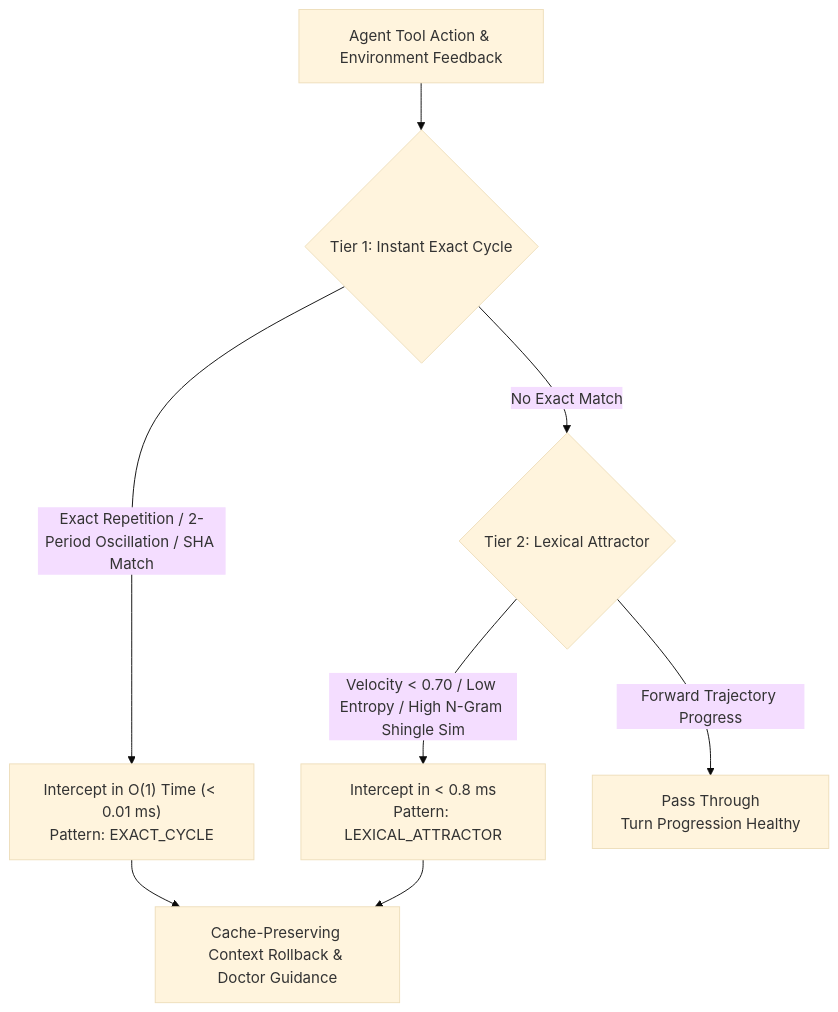
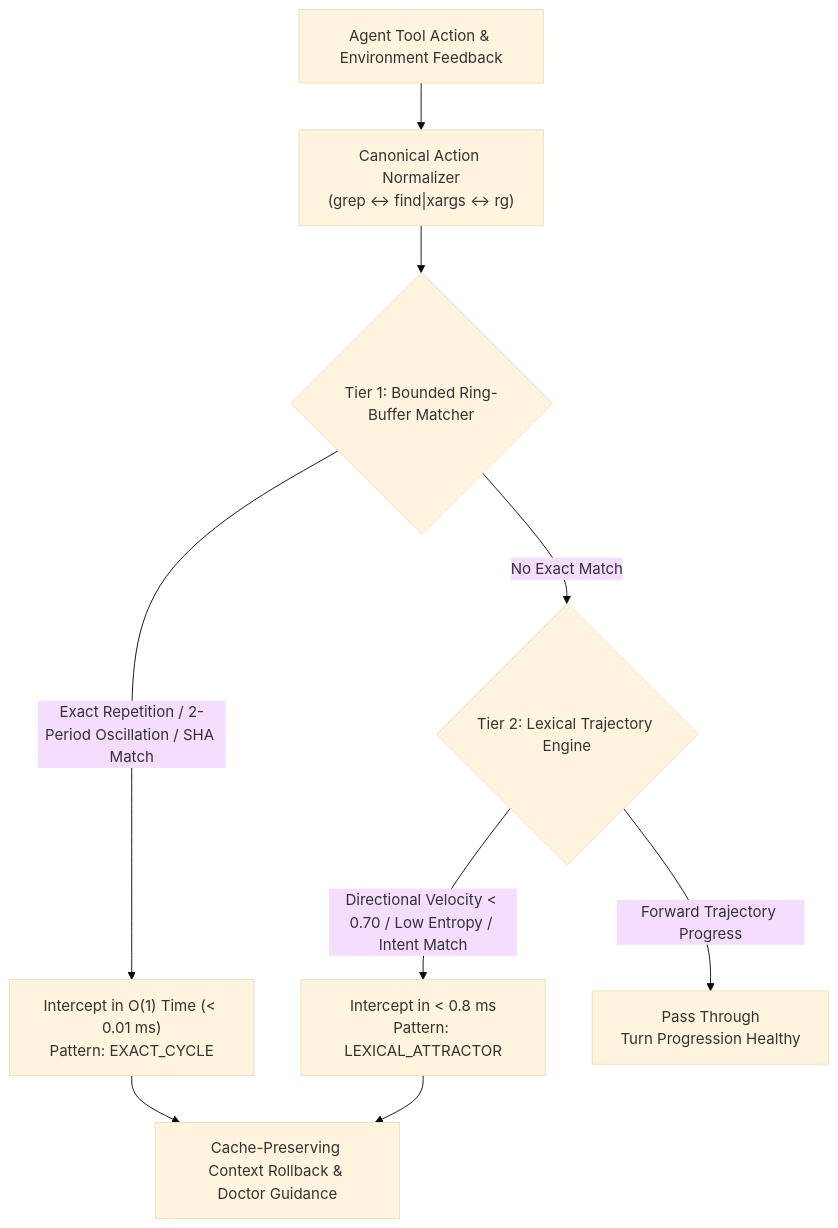
One commit to codesbykhairannoor/capybala changed the diagram in README.md. Above: the diagram before and after it, drawn with Mermaid (base theme). The commit also changed other lines of this file and 7 other files, not shown here.

Commit message:
feat(v0.9.1): add enterprise shadow mode, live cache telemetry, and canonical action intent normalizer

````diff
--- a/README.md
+++ b/README.md
@@ -31,10 +31,11 @@
 ```mermaid
 flowchart TD
-    A["Agent Tool Action & Environment Feedback"] --> T1{"Tier 1: Instant Exact Cycle"}
+    A["Agent Tool Action & Environment Feedback"] --> C["Canonical Action Normalizer\n(grep ↔ find|xargs ↔ rg)"]
+    C --> T1{"Tier 1: Bounded Ring-Buffer Matcher"}
     T1 -- "Exact Repetition / 2-Period Oscillation / SHA Match" --> D1["Intercept in O(1) Time (< 0.01 ms)\nPattern: EXACT_CYCLE"]
-    T1 -- "No Exact Match" --> T2{"Tier 2: Lexical Attractor"}
-    T2 -- "Velocity < 0.70 / Low Entropy / High N-Gram Shingle Sim" --> D2["Intercept in < 0.8 ms\nPattern: LEXICAL_ATTRACTOR"]
+    T1 -- "No Exact Match" --> T2{"Tier 2: Lexical Trajectory Engine"}
+    T2 -- "Directional Velocity < 0.70 / Low Entropy / Intent Match" --> D2["Intercept in < 0.8 ms\nPattern: LEXICAL_ATTRACTOR"]
     T2 -- "Forward Trajectory Progress" --> OK["Pass Through\nTurn Progression Healthy"]
     D1 --> R["Cache-Preserving Context Rollback & Doctor Guidance"]
     D2 --> R
 ```
````
